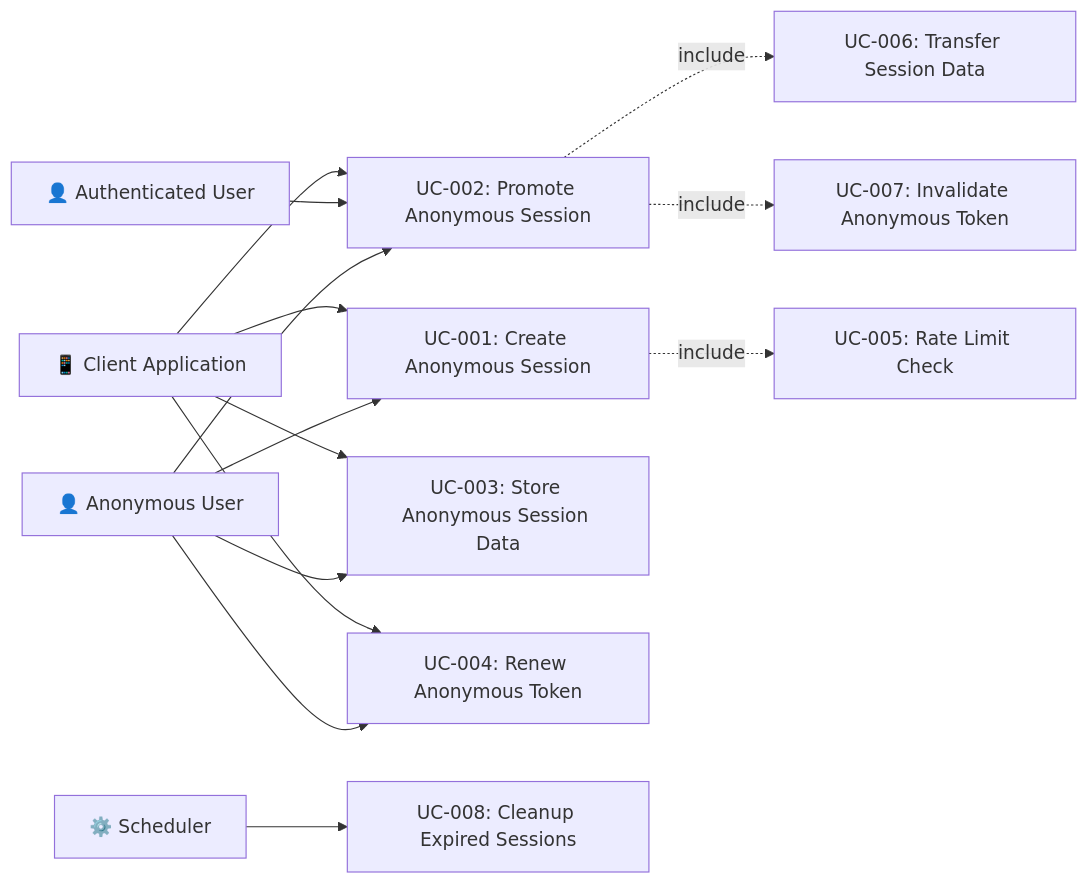
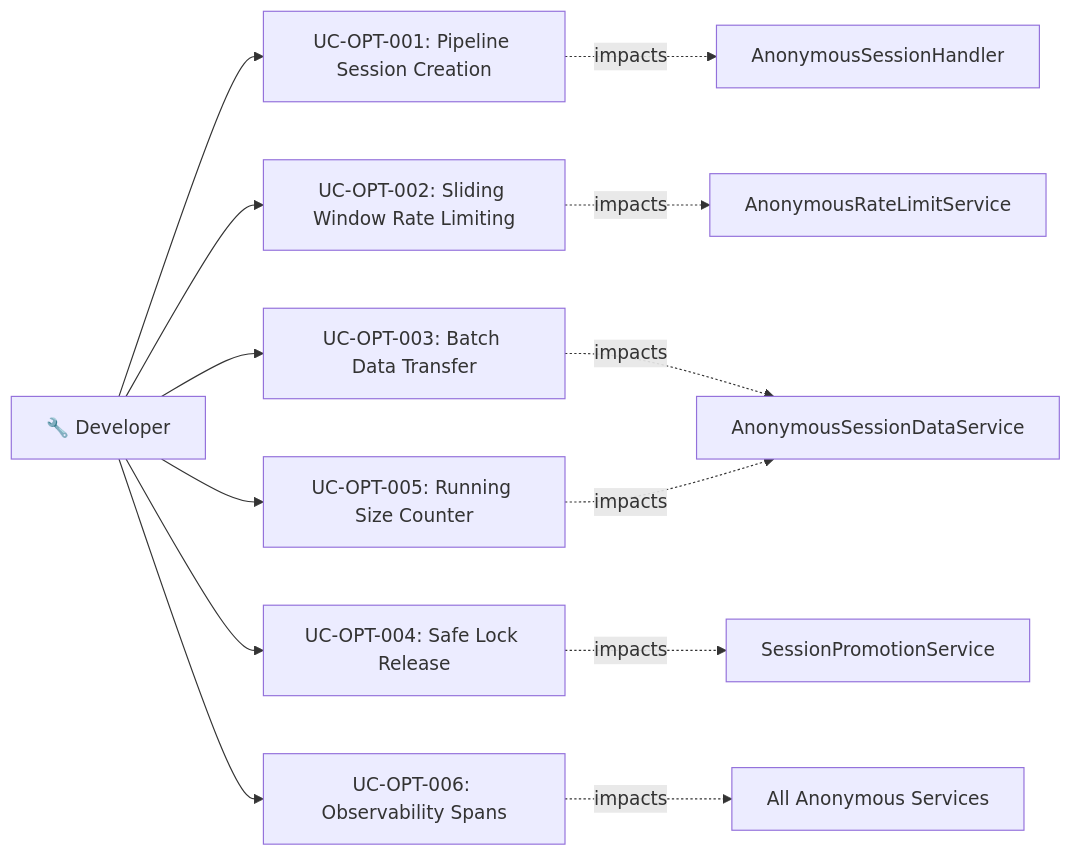
The diagram in openspec/research/anonymous-login-optimization/business_analysis.md (nguyentthai96/auth-service), drawn with Mermaid before and after one commit. The commit also changed other lines of this file and 320 other files, not shown here.

Commit message:
feat(auth-service): update cache and session features

````diff
--- a/openspec/research/anonymous-login-optimization/business_analysis.md
+++ b/openspec/research/anonymous-login-optimization/business_analysis.md
@@ -56,16 +58,15 @@
 ```mermaid
 graph LR
-    AnonUser["👤 Anonymous User"] --> UC1["UC-001: Create Anonymous Session"]
-    AnonUser --> UC2["UC-002: Promote Anonymous Session"]
-    AnonUser --> UC3["UC-003: Store Anonymous Session Data"]
-    AnonUser --> UC4["UC-004: Renew Anonymous Token"]
-    AuthUser["👤 Authenticated User"] --> UC2
-    Client["📱 Client Application"] --> UC1
-    Client --> UC2
-    Client --> UC3
-    Client --> UC4
-    UC1 -.->|"include"| UC5["UC-005: Rate Limit Check"]
-    UC2 -.->|"include"| UC6["UC-006: Transfer Session Data"]
-    UC2 -.->|"include"| UC7["UC-007: Invalidate Anonymous Token"]
-    System["⚙️ Scheduler"] --> UC8["UC-008: Cleanup Expired Sessions"]
+    Dev["🔧 Developer"] --> UC1["UC-OPT-001: Pipeline Session Creation"]
+    Dev --> UC2["UC-OPT-002: Sliding Window Rate Limiting"]
+    Dev --> UC3["UC-OPT-003: Batch Data Transfer"]
+    Dev --> UC4["UC-OPT-004: Safe Lock Release"]
+    Dev --> UC5["UC-OPT-005: Running Size Counter"]
+    Dev --> UC6["UC-OPT-006: Observability Spans"]
+    UC1 -.->|"impacts"| SessHandler["AnonymousSessionHandler"]
+    UC2 -.->|"impacts"| RateLimitSvc["AnonymousRateLimitService"]
+    UC3 -.->|"impacts"| DataSvc["AnonymousSessionDataService"]
+    UC4 -.->|"impacts"| PromotionSvc["SessionPromotionService"]
+    UC5 -.->|"impacts"| DataSvc
+    UC6 -.->|"impacts"| AllServices["All Anonymous Services"]
 ```
````
